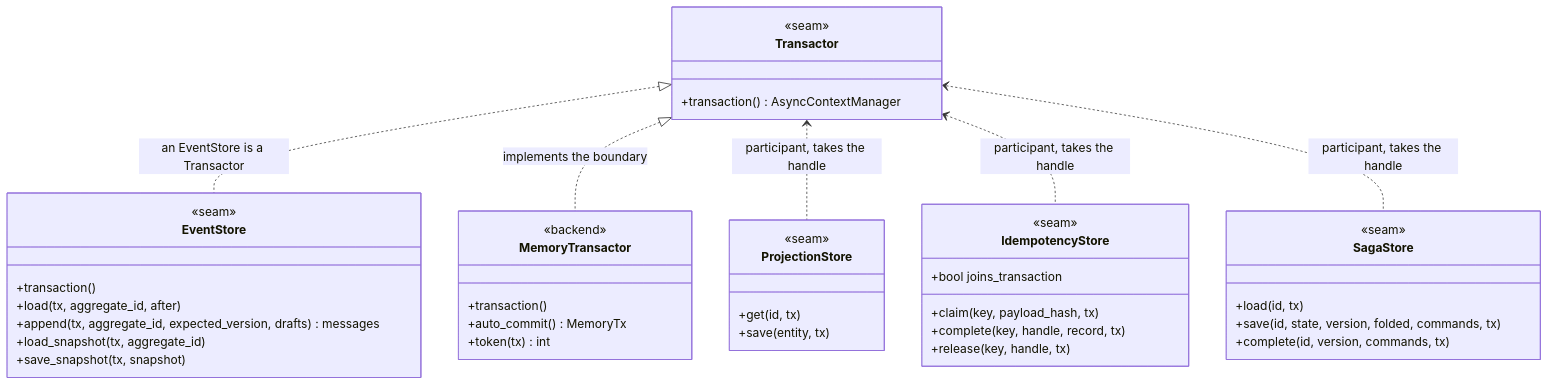
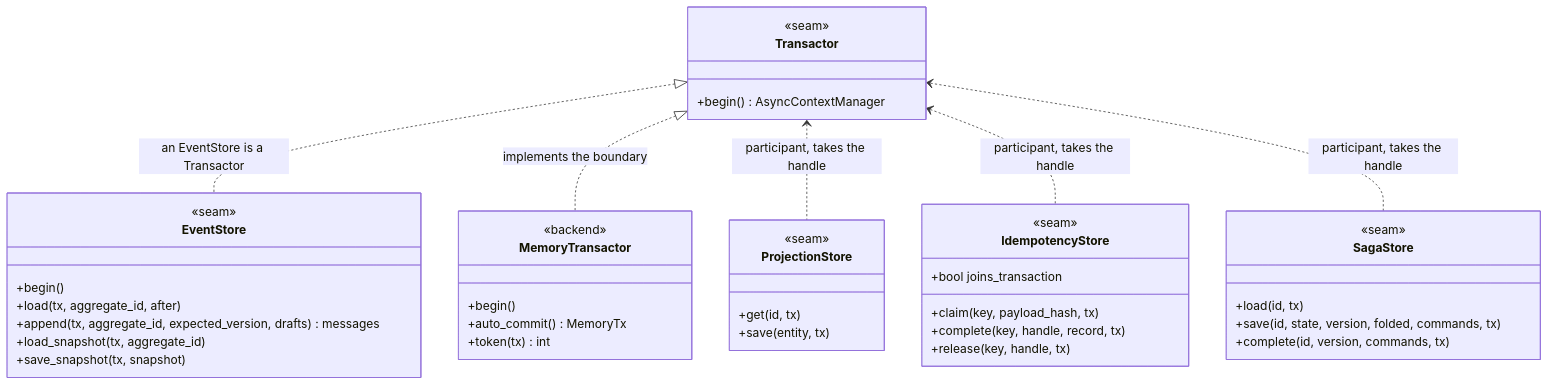
The first of 3 diagrams in docs/sdk/transactions.md (haskian/edax), drawn with Mermaid before and after one commit. The commit also changed other lines of this file and 17 other files, not shown here.

````diff
--- a/docs/sdk/transactions.md
+++ b/docs/sdk/transactions.md
@@ -12,45 +12,45 @@
 ```mermaid
 classDiagram
     class Transactor {
         <<seam>>
-        +transaction() AsyncContextManager
+        +begin() AsyncContextManager
     }
     class EventStore {
         <<seam>>
-        +transaction()
+        +begin()
         +load(tx, aggregate_id, after)
         +append(tx, aggregate_id, expected_version, drafts) messages
         +load_snapshot(tx, aggregate_id)
         +save_snapshot(tx, snapshot)
     }
     class ProjectionStore {
         <<seam>>
         +get(id, tx)
         +save(entity, tx)
     }
     class IdempotencyStore {
         <<seam>>
         +bool joins_transaction
         +claim(key, payload_hash, tx)
         +complete(key, handle, record, tx)
         +release(key, handle, tx)
     }
     class SagaStore {
         <<seam>>
         +load(id, tx)
         +save(id, state, version, folded, commands, tx)
         +complete(id, version, commands, tx)
     }
     class MemoryTransactor {
         <<backend>>
-        +transaction()
+        +begin()
         +auto_commit() MemoryTx
         +token(tx) int
     }
 
     Transactor <|.. EventStore : an EventStore is a Transactor
     Transactor <|.. MemoryTransactor : implements the boundary
     Transactor <.. ProjectionStore : participant, takes the handle
     Transactor <.. IdempotencyStore : participant, takes the handle
     Transactor <.. SagaStore : participant, takes the handle
 ```
````
